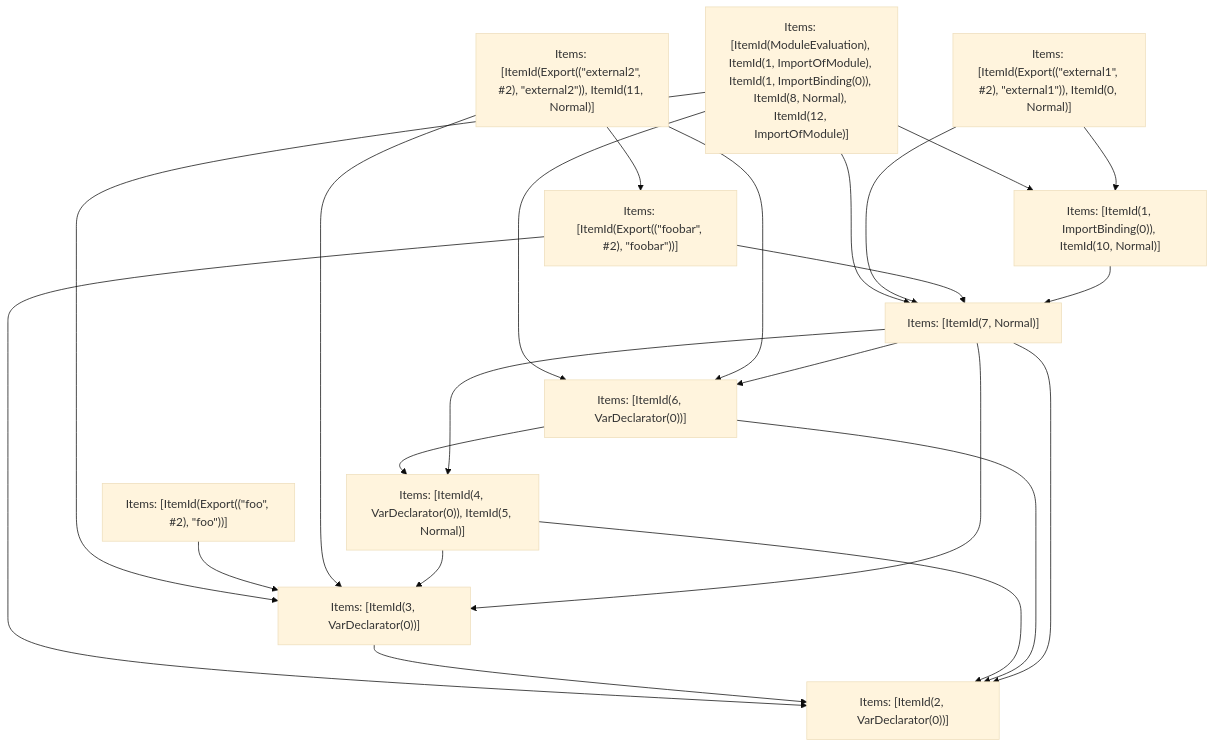
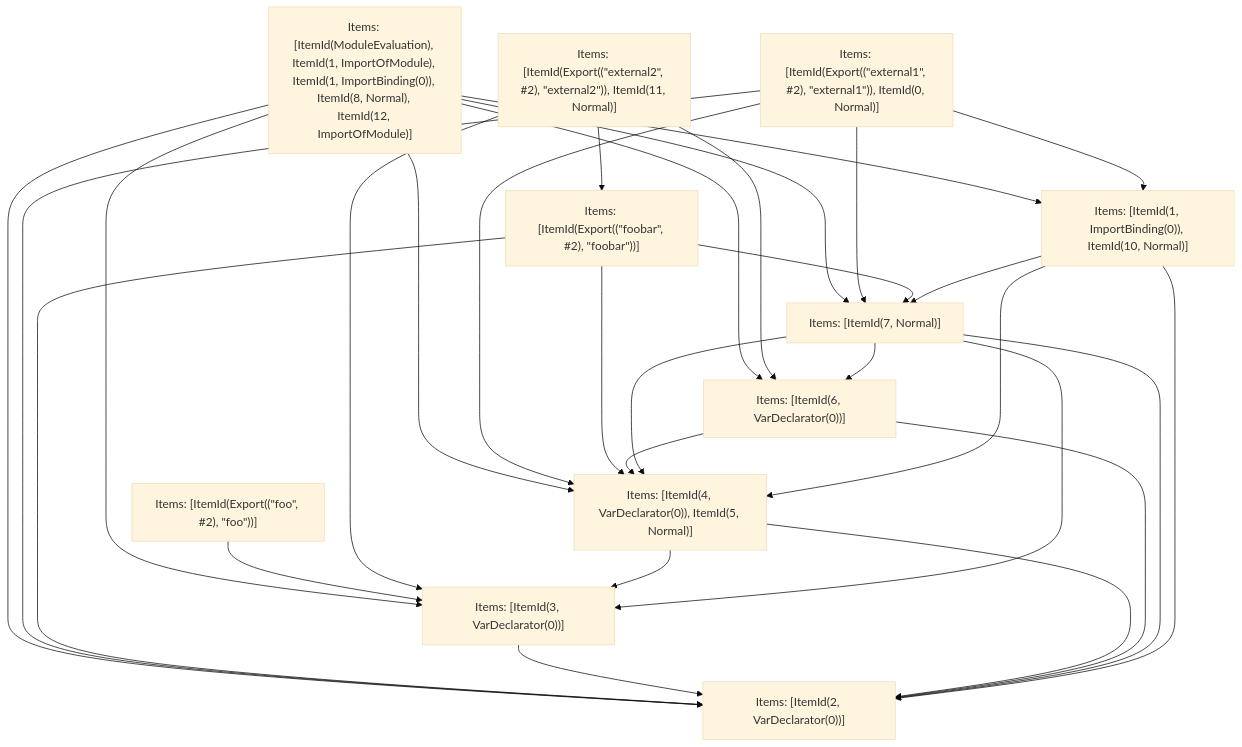
Before and after one commit to vercel/turborepo: the fifth of 5 diagrams in crates/turbopack-ecmascript/tests/tree-shaker/analyzer/2/output.md, drawn with Mermaid (base theme). The commit also changed other lines of this file and 9 other files, not shown here.

````diff
--- a/crates/turbopack-ecmascript/tests/tree-shaker/analyzer/2/output.md
+++ b/crates/turbopack-ecmascript/tests/tree-shaker/analyzer/2/output.md
@@ -365,36 +382,43 @@
 ```mermaid
 graph TD
     N0["Items: [ItemId(ModuleEvaluation), ItemId(1, ImportOfModule), ItemId(1, ImportBinding(0)), ItemId(8, Normal), ItemId(12, ImportOfModule)]"];
     N1["Items: [ItemId(Export((&quot;external1&quot;, #2), &quot;external1&quot;)), ItemId(0, Normal)]"];
     N2["Items: [ItemId(Export((&quot;foobar&quot;, #2), &quot;foobar&quot;))]"];
     N3["Items: [ItemId(Export((&quot;foo&quot;, #2), &quot;foo&quot;))]"];
     N4["Items: [ItemId(Export((&quot;external2&quot;, #2), &quot;external2&quot;)), ItemId(11, Normal)]"];
     N5["Items: [ItemId(2, VarDeclarator(0))]"];
     N6["Items: [ItemId(3, VarDeclarator(0))]"];
     N7["Items: [ItemId(4, VarDeclarator(0)), ItemId(5, Normal)]"];
     N8["Items: [ItemId(6, VarDeclarator(0))]"];
     N9["Items: [ItemId(7, Normal)]"];
     N10["Items: [ItemId(1, ImportBinding(0)), ItemId(10, Normal)]"];
     N0 --> N8;
     N0 --> N10;
+    N0 --> N5;
+    N0 --> N7;
     N0 --> N9;
     N0 --> N6;
     N1 --> N10;
+    N1 --> N5;
+    N1 --> N7;
     N1 --> N9;
+    N2 --> N5;
+    N2 --> N7;
     N2 --> N9;
-    N2 --> N5;
     N3 --> N6;
     N4 --> N6;
     N4 --> N8;
     N4 --> N2;
     N6 --> N5;
     N7 --> N5;
     N7 --> N6;
+    N8 --> N5;
     N8 --> N7;
-    N8 --> N5;
+    N9 --> N5;
     N9 --> N7;
-    N9 --> N5;
     N9 --> N6;
     N9 --> N8;
+    N10 --> N5;
+    N10 --> N7;
     N10 --> N9;
 ```
````
